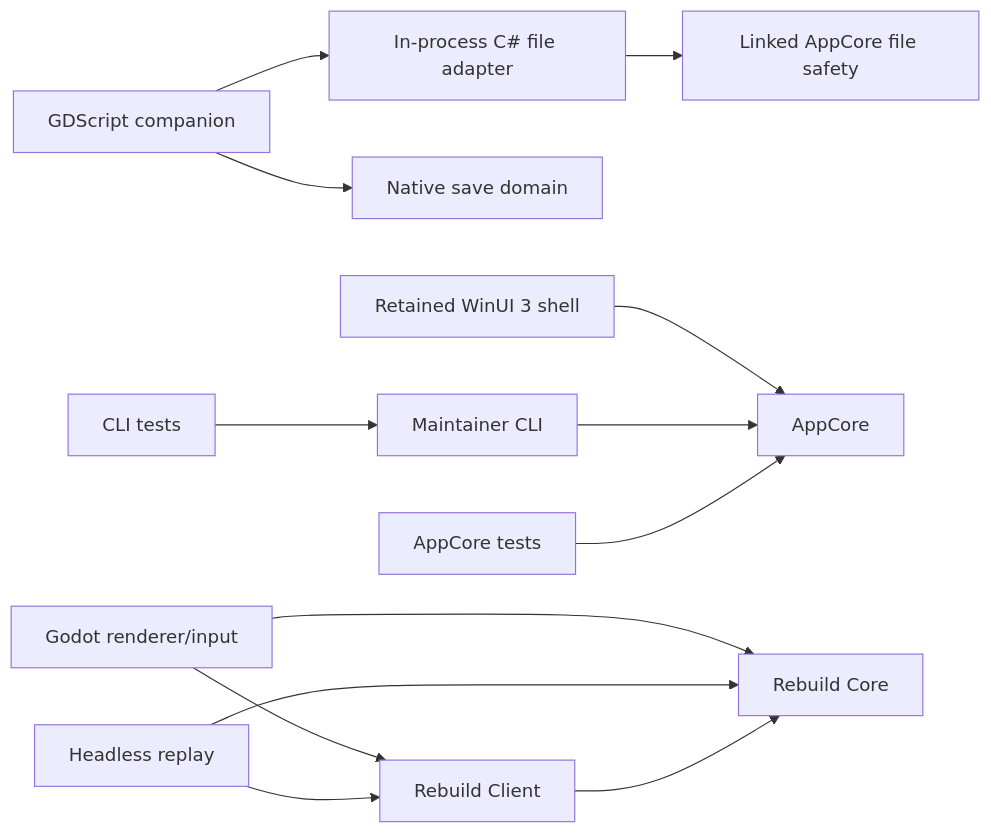
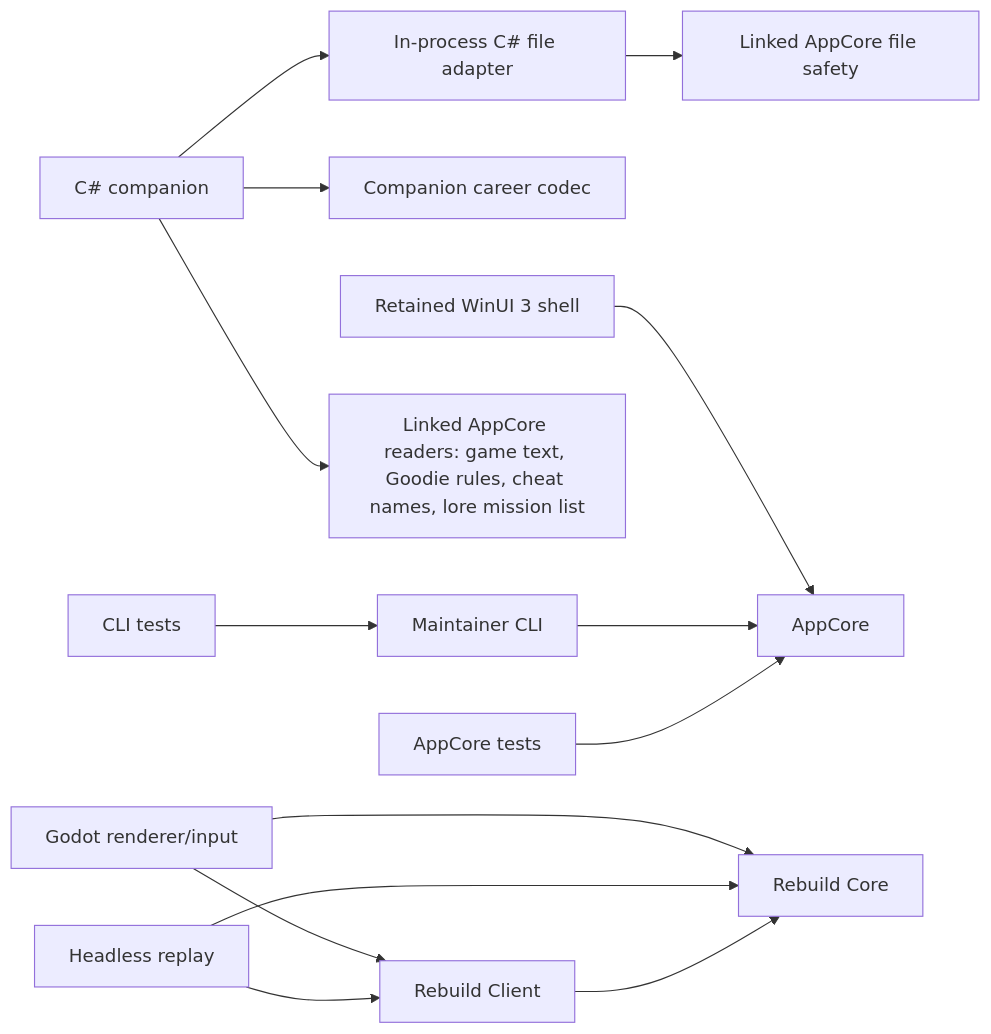
Before and after one commit to dlprentice/Onslaught-Career-Editor: the diagram in PROJECT-INDEX.md, drawn with Mermaid. The commit also changed other lines of this file and 5 other files, not shown here.

````diff
--- a/PROJECT-INDEX.md
+++ b/PROJECT-INDEX.md
@@ -21,15 +21,16 @@
 ```mermaid
 flowchart LR
     W["Retained WinUI 3 shell"] --> A["AppCore"]
-    T["GDScript companion"] --> D["Native save domain"]
+    T["C# companion"] --> D["Companion career codec"]
     T --> B["In-process C# file adapter"]
     B --> S["Linked AppCore file safety"]
+    T --> L["Linked AppCore readers: game text, Goodie rules, cheat names, lore mission list"]
     C["Maintainer CLI"] --> A
     AT["AppCore tests"] --> A
     CT["CLI tests"] --> C
     G["Godot renderer/input"] --> RC["Rebuild Client"]
     G --> RCore["Rebuild Core"]
     H["Headless replay"] --> RC
     H --> RCore
     RC --> RCore
 ```
````
